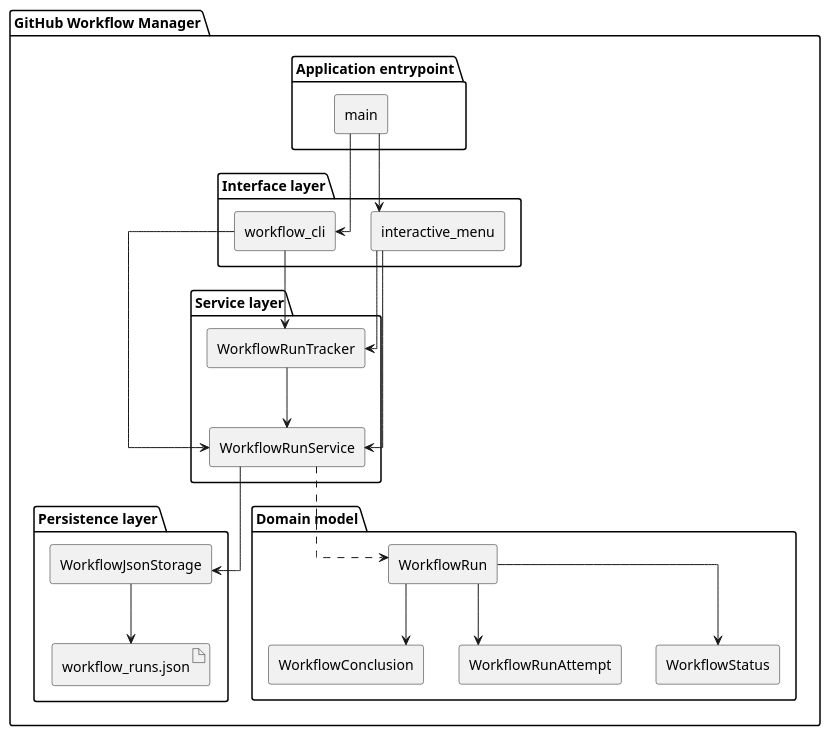
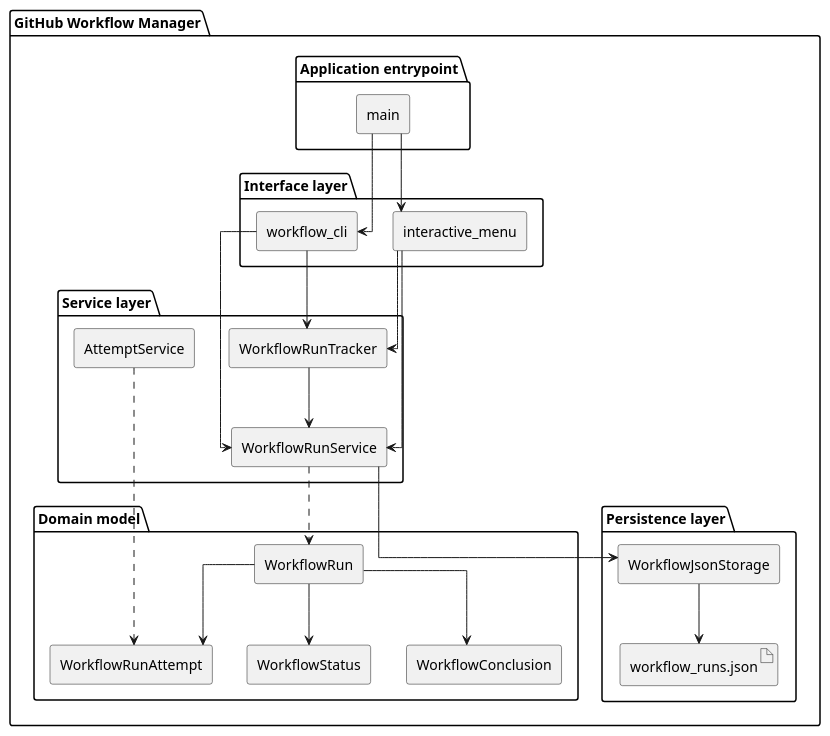
One commit to DanielRiha8906/Software_autoevolution_using_agents changed the diagram in experiments/pipeline/test_driven/github-workflow-manager/artifacts/component_diagram.puml. Above: the diagram before and after it, drawn with PlantUML. The commit also changed 5 other files, not shown here.

```diff
--- a/experiments/pipeline/test_driven/github-workflow-manager/artifacts/component_diagram.puml
+++ b/experiments/pipeline/test_driven/github-workflow-manager/artifacts/component_diagram.puml
@@ -1,54 +1,57 @@
 @startuml component_diagram
 
 skinparam componentStyle rectangle
 skinparam linetype ortho
 top to bottom direction
 
 package "GitHub Workflow Manager" {
 
   package "Application entrypoint" {
     component "main" as MAIN
   }
 
   package "Interface layer" {
     component "workflow_cli" as CLI
     component "interactive_menu" as IM
   }
 
   package "Service layer" {
     component "WorkflowRunTracker" as TRACKER
     component "WorkflowRunService" as SVC
+    component "AttemptService" as ATTEMPT_SVC
   }
 
   package "Persistence layer" {
     component "WorkflowJsonStorage" as STOR
     artifact "workflow_runs.json" as JSON_FILE
   }
 
   package "Domain model" {
     component "WorkflowRun" as RUN
     component "WorkflowRunAttempt" as ATTEMPT
     component "WorkflowStatus" as STATUS
     component "WorkflowConclusion" as CONCLUSION
   }
 }
 
 MAIN --> CLI
 MAIN --> IM
 
 CLI --> TRACKER
 IM --> TRACKER
 
 CLI --> SVC
 IM --> SVC
 
 TRACKER --> SVC
 SVC --> STOR
 STOR --> JSON_FILE
 
 SVC ..> RUN
 RUN --> ATTEMPT
 RUN --> STATUS
 RUN --> CONCLUSION
 
+ATTEMPT_SVC ..> ATTEMPT
+
 @enduml
```
